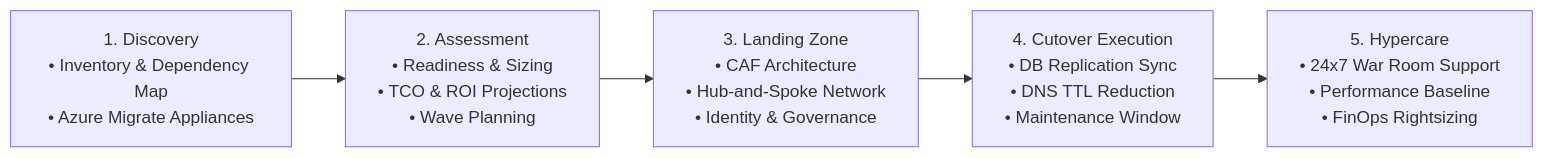
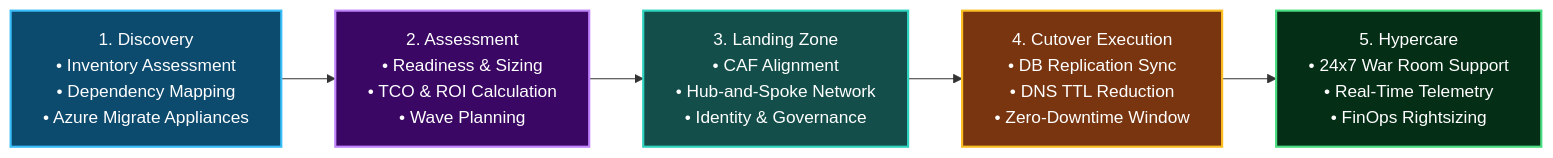
Before and after one commit to Sarvesh0401/Sarvesh0401: the fifth of 7 diagrams in README.md, drawn with Mermaid. The commit also changed other lines of this file and 3 other files, not shown here.

First line of the commit message:
feat(profile): align designation to Senior DevSecOps & Cloud Professional with rich visual diagrams

````diff
--- a/README.md
+++ b/README.md
@@ -189,7 +251,19 @@
 ```mermaid
 flowchart LR
-    S1["1. Discovery<br/>• Inventory & Dependency Map<br/>• Azure Migrate Appliances"] --> S2["2. Assessment<br/>• Readiness & Sizing<br/>• TCO & ROI Projections<br/>• Wave Planning"]
-    S2 --> S3["3. Landing Zone<br/>• CAF Architecture<br/>• Hub-and-Spoke Network<br/>• Identity & Governance"]
-    S3 --> S4["4. Cutover Execution<br/>• DB Replication Sync<br/>• DNS TTL Reduction<br/>• Maintenance Window"]
-    S4 --> S5["5. Hypercare<br/>• 24x7 War Room Support<br/>• Performance Baseline<br/>• FinOps Rightsizing"]
+    S1["1. Discovery<br/>• Inventory Assessment<br/>• Dependency Mapping<br/>• Azure Migrate Appliances"] --> S2["2. Assessment<br/>• Readiness & Sizing<br/>• TCO & ROI Calculation<br/>• Wave Planning"]
+    S2 --> S3["3. Landing Zone<br/>• CAF Alignment<br/>• Hub-and-Spoke Network<br/>• Identity & Governance"]
+    S3 --> S4["4. Cutover Execution<br/>• DB Replication Sync<br/>• DNS TTL Reduction<br/>• Zero-Downtime Window"]
+    S4 --> S5["5. Hypercare<br/>• 24x7 War Room Support<br/>• Real-Time Telemetry<br/>• FinOps Rightsizing"]
+
+    classDef m1 fill:#0c4a6e,stroke:#38bdf8,stroke-width:2px,color:#ffffff;
+    classDef m2 fill:#3b0764,stroke:#c084fc,stroke-width:2px,color:#ffffff;
+    classDef m3 fill:#134e4a,stroke:#2dd4bf,stroke-width:2px,color:#ffffff;
+    classDef m4 fill:#78350f,stroke:#fbbf24,stroke-width:2px,color:#ffffff;
+    classDef m5 fill:#052e16,stroke:#4ade80,stroke-width:2px,color:#ffffff;
+
+    class S1 m1;
+    class S2 m2;
+    class S3 m3;
+    class S4 m4;
+    class S5 m5;
 ```
````
